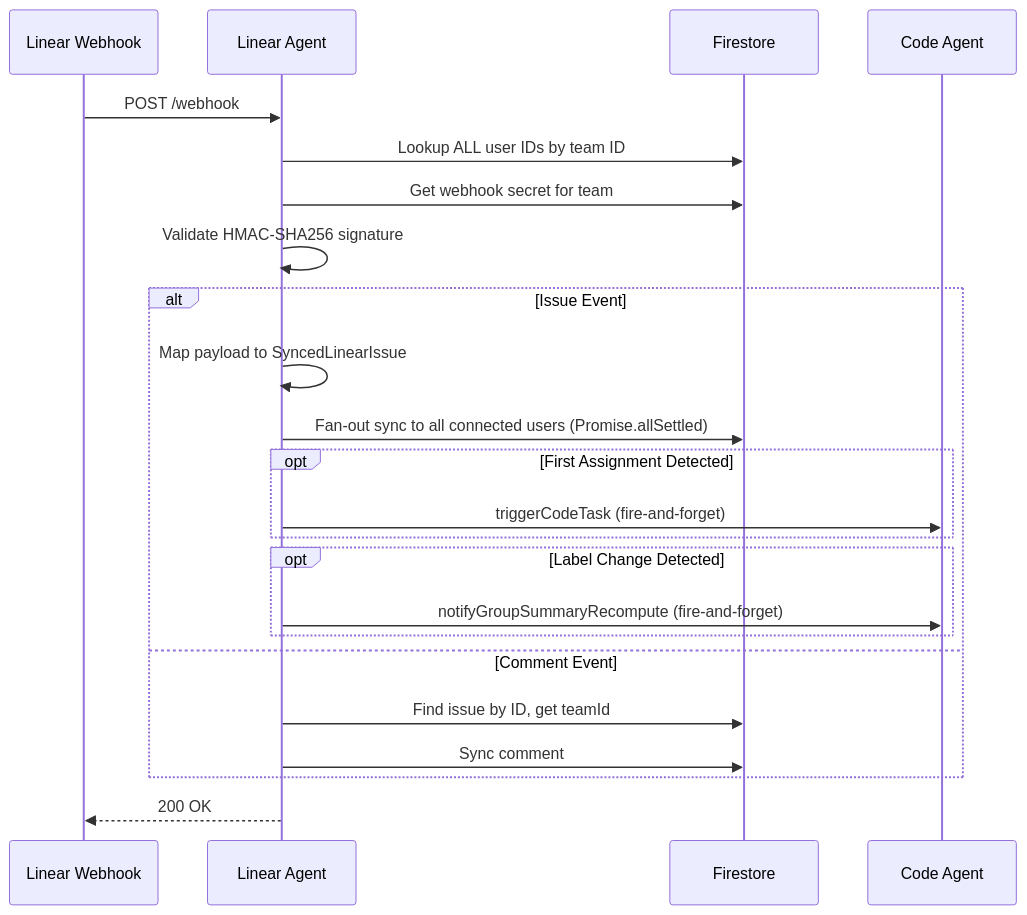
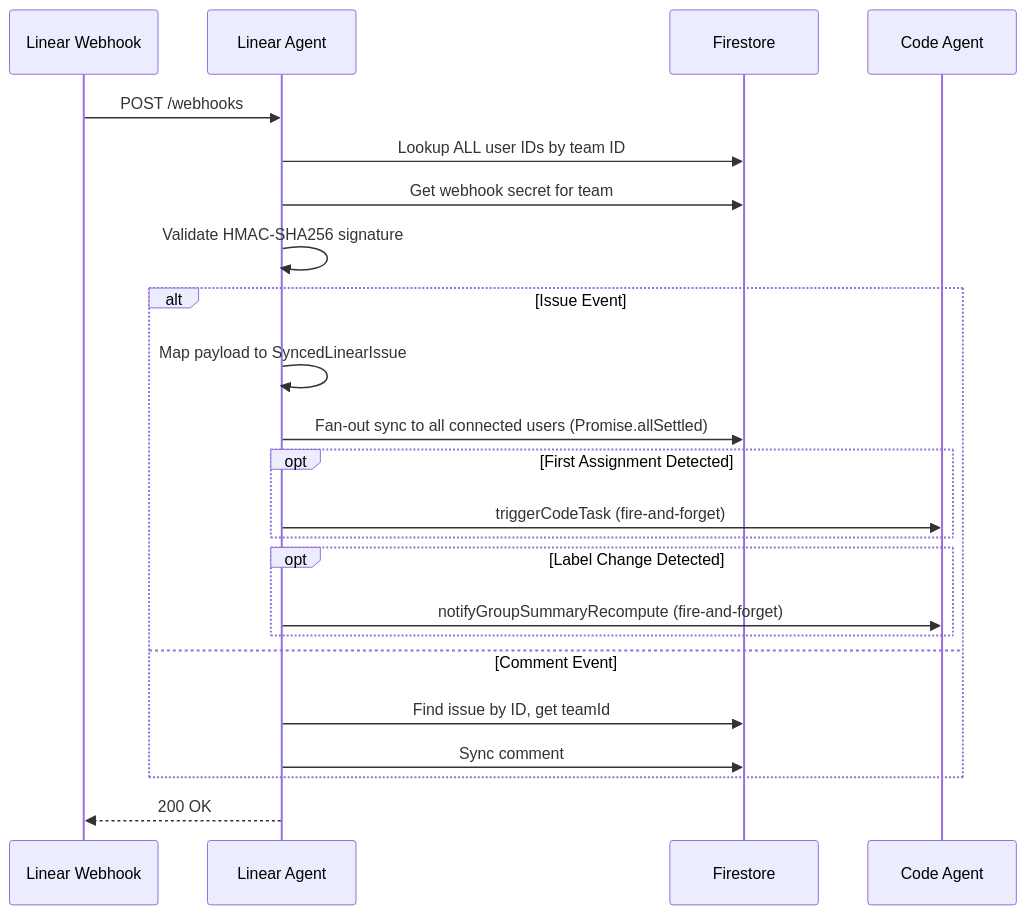
Before and after one commit to pbuchman/intexuraos: the third of 5 diagrams in docs/services/linear-agent/technical.md, drawn with Mermaid. The commit also changed other lines of this file and 32 other files, not shown here.

````diff
--- a/docs/services/linear-agent/technical.md
+++ b/docs/services/linear-agent/technical.md
@@ -161,26 +161,26 @@
 ```mermaid
 sequenceDiagram
     participant Linear as Linear Webhook
     participant LA as Linear Agent
     participant FS as Firestore
     participant CA as Code Agent
 
-    Linear->>LA: POST /webhook
+    Linear->>LA: POST /webhooks
     LA->>FS: Lookup ALL user IDs by team ID
     LA->>FS: Get webhook secret for team
     LA->>LA: Validate HMAC-SHA256 signature
     alt Issue Event
         LA->>LA: Map payload to SyncedLinearIssue
         LA->>FS: Fan-out sync to all connected users (Promise.allSettled)
         opt First Assignment Detected
             LA->>CA: triggerCodeTask (fire-and-forget)
         end
         opt Label Change Detected
             LA->>CA: notifyGroupSummaryRecompute (fire-and-forget)
         end
     else Comment Event
         LA->>FS: Find issue by ID, get teamId
         LA->>FS: Sync comment
     end
     LA-->>Linear: 200 OK
 ```
````
